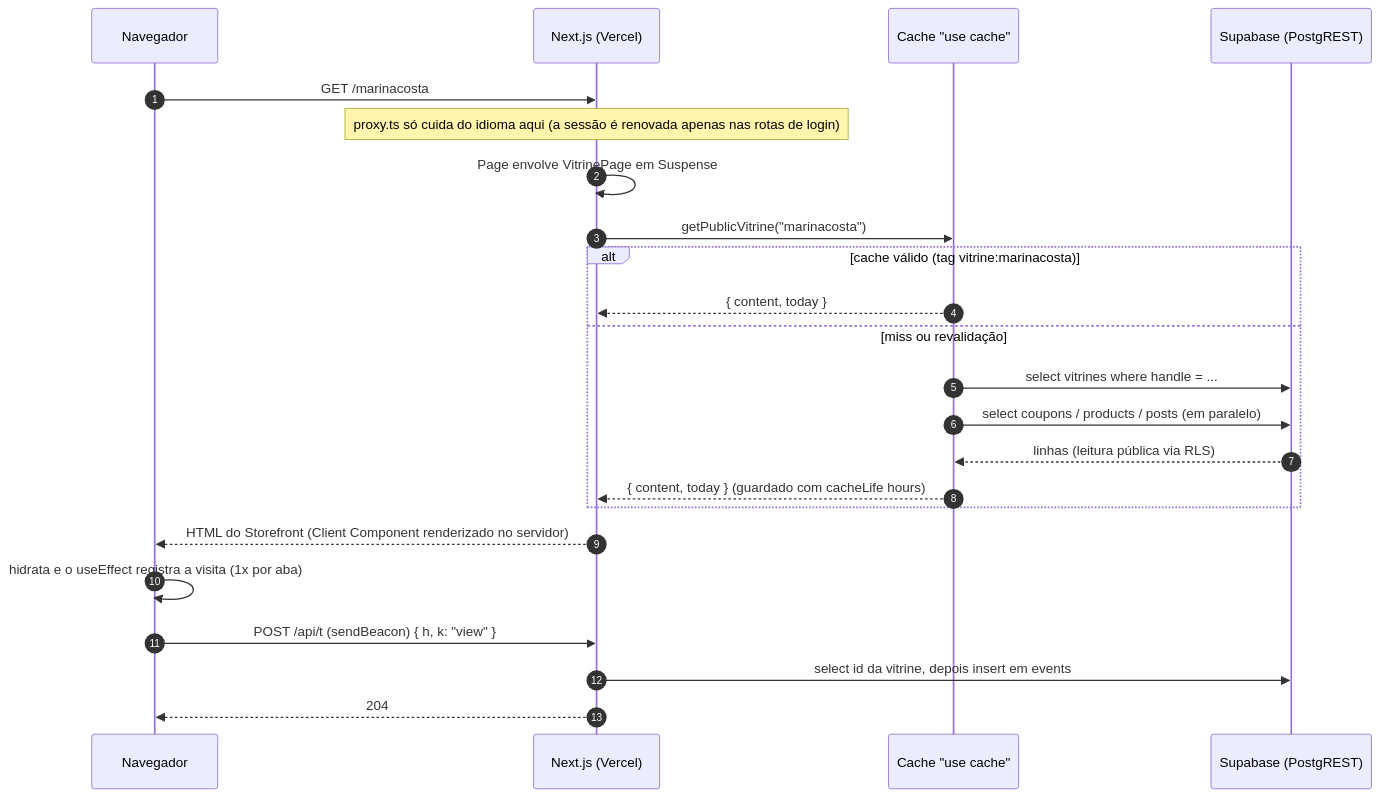
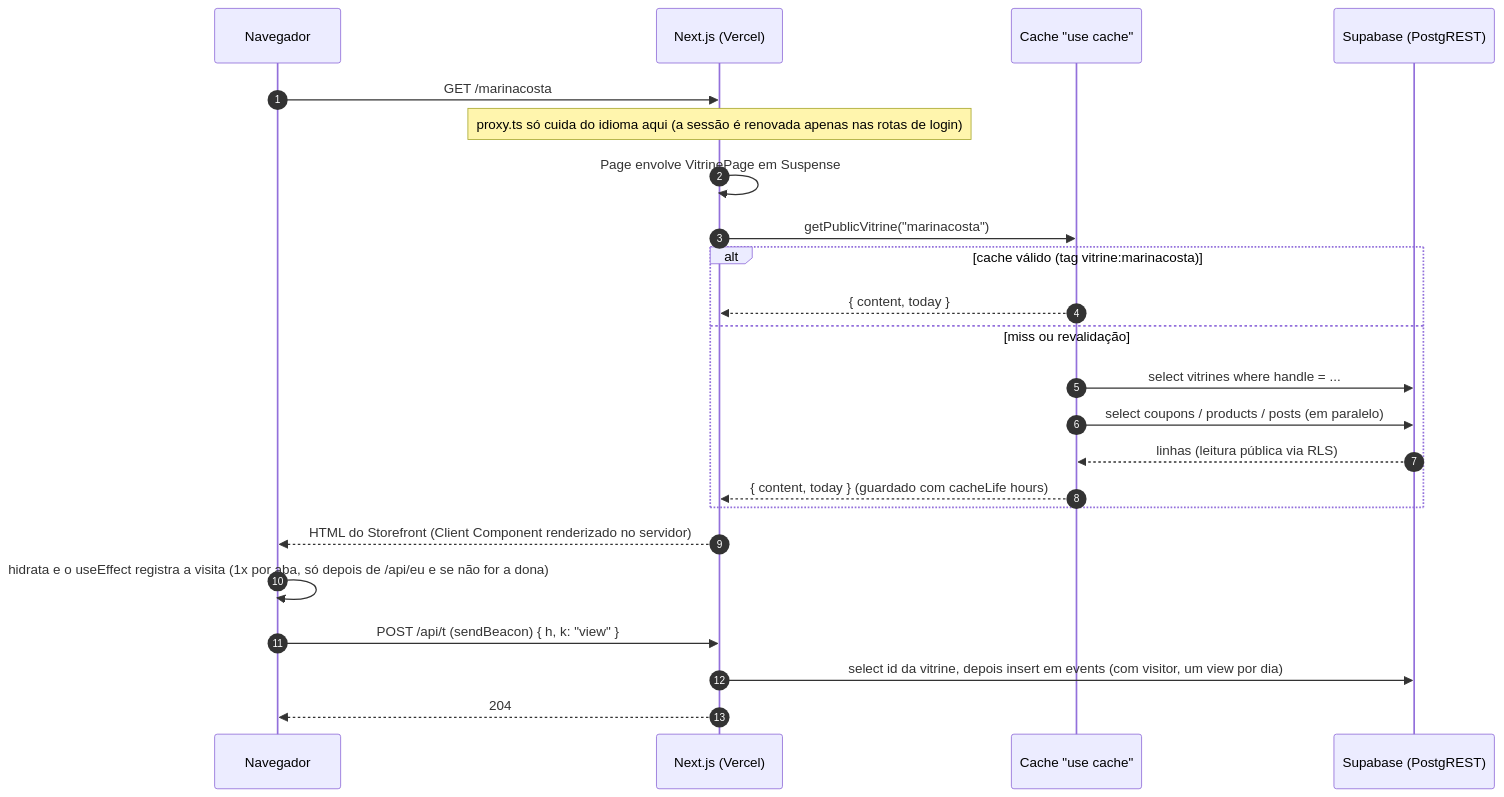
The third of 8 diagrams in docs/architecture.md (estevaons/myvitri), drawn with Mermaid before and after one commit. The commit also changed other lines of this file and 9 other files, not shown here.

First line of the commit message:
feat: visitas únicas por dia e botões do cabeçalho alinhados

````diff
--- a/docs/architecture.md
+++ b/docs/architecture.md
@@ -331,25 +331,25 @@
 ```mermaid
 sequenceDiagram
     autonumber
     participant B as Navegador
     participant N as Next.js (Vercel)
     participant C as Cache "use cache"
     participant S as Supabase (PostgREST)
     B->>N: GET /marinacosta
     Note over N: proxy.ts só cuida do idioma aqui (a sessão é renovada apenas nas rotas de login)
     N->>N: Page envolve VitrinePage em Suspense
     N->>C: getPublicVitrine("marinacosta")
     alt cache válido (tag vitrine:marinacosta)
         C-->>N: { content, today }
     else miss ou revalidação
         C->>S: select vitrines where handle = ...
         C->>S: select coupons / products / posts (em paralelo)
         S-->>C: linhas (leitura pública via RLS)
         C-->>N: { content, today } (guardado com cacheLife hours)
     end
     N-->>B: HTML do Storefront (Client Component renderizado no servidor)
-    B->>B: hidrata e o useEffect registra a visita (1x por aba)
+    B->>B: hidrata e o useEffect registra a visita (1x por aba, só depois de /api/eu e se não for a dona)
     B->>N: POST /api/t (sendBeacon) { h, k: "view" }
-    N->>S: select id da vitrine, depois insert em events
+    N->>S: select id da vitrine, depois insert em events (com visitor, um view por dia)
     N-->>B: 204
 ```
````
